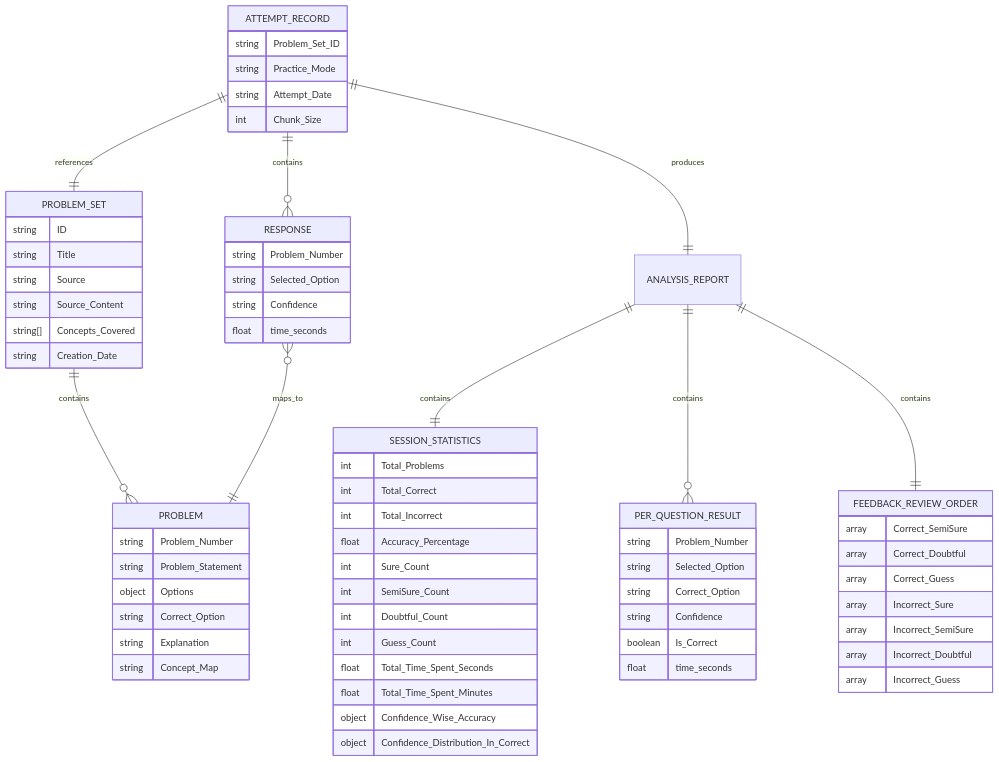
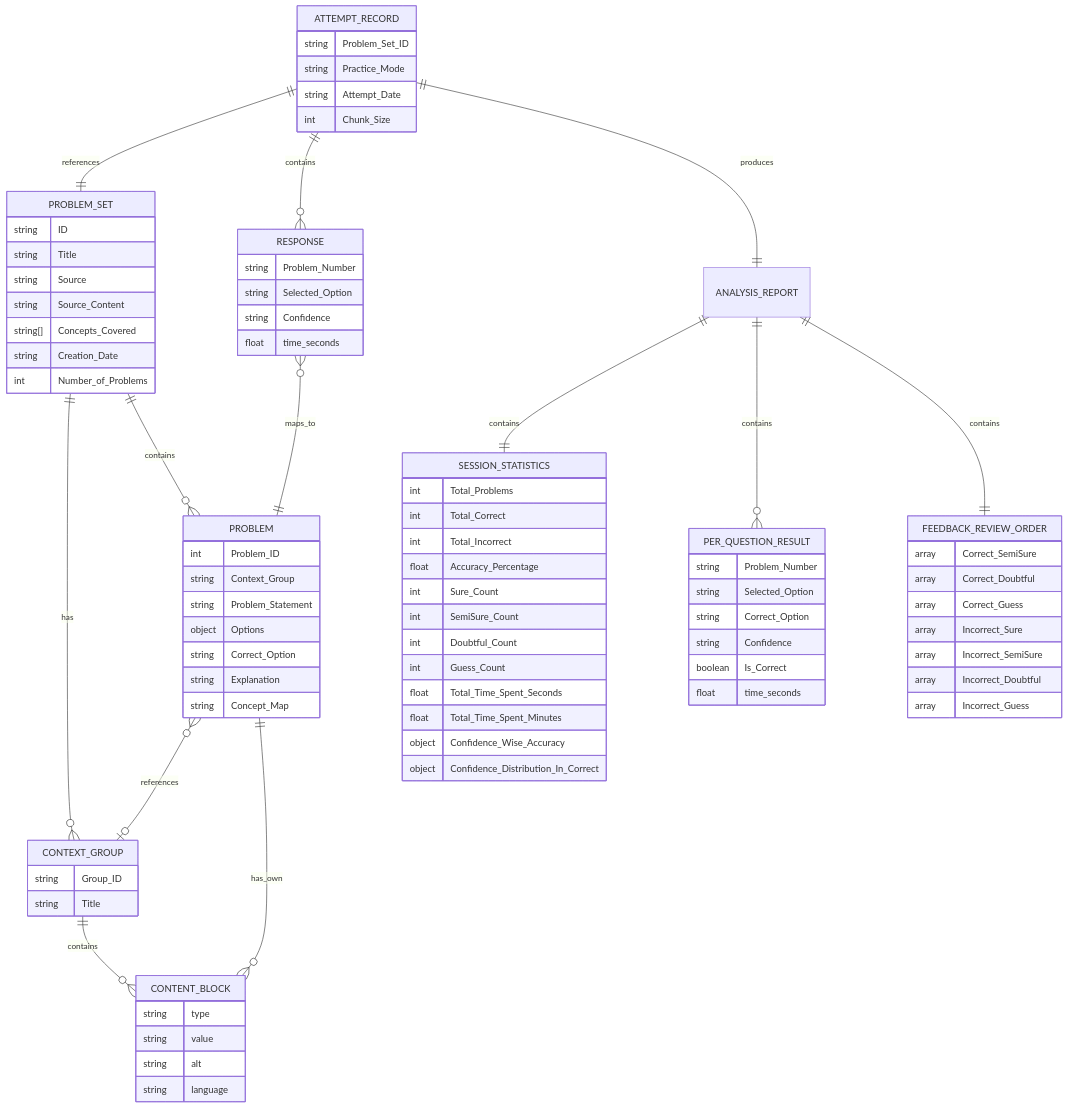
Before and after one commit to jaynote001/MCQTool: the first of 3 diagrams in 3_Architecture/3_Data_Model_ER_Diagram.md, drawn with Mermaid. The commit also changed other lines of this file and 3 other files, not shown here.

Commit message:
Update Architecture Diagrams

````diff
--- a/3_Architecture/3_Data_Model_ER_Diagram.md
+++ b/3_Architecture/3_Data_Model_ER_Diagram.md
@@ -9,5 +9,6 @@
 ```mermaid
 erDiagram
+    PROBLEM_SET ||--o{ CONTEXT_GROUP : has
     PROBLEM_SET ||--o{ PROBLEM : contains
     PROBLEM_SET {
         string ID
@@ -16,10 +17,27 @@
         string Source_Content
         string[] Concepts_Covered
         string Creation_Date
+        int Number_of_Problems
     }
 
+    CONTEXT_GROUP ||--o{ CONTENT_BLOCK : contains
+    CONTEXT_GROUP {
+        string Group_ID
+        string Title
+    }
+
+    CONTENT_BLOCK {
+        string type
+        string value
+        string alt
+        string language
+    }
+
+    PROBLEM }o--o| CONTEXT_GROUP : references
+    PROBLEM ||--o{ CONTENT_BLOCK : has_own
     PROBLEM {
-        string Problem_Number
+        int Problem_ID
+        string Context_Group
         string Problem_Statement
         object Options
         string Correct_Option
````
